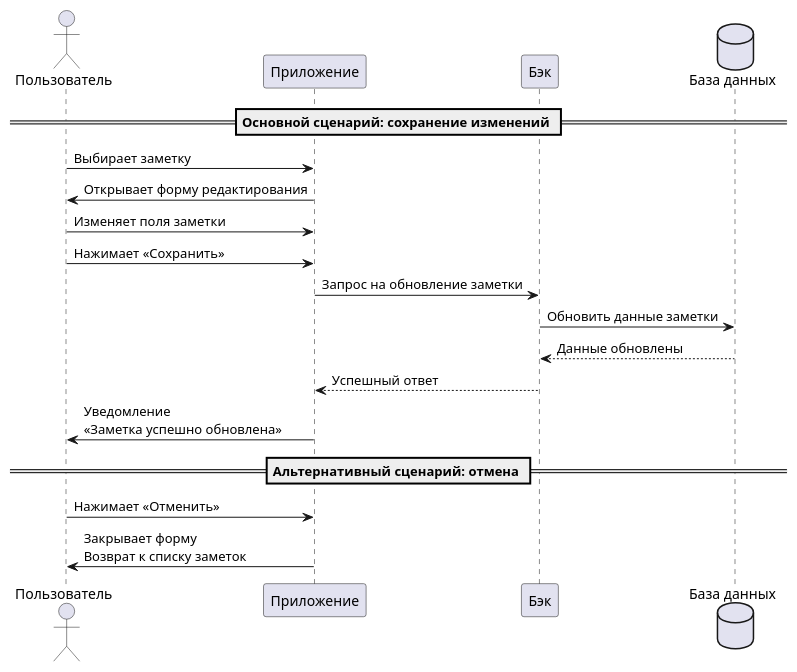
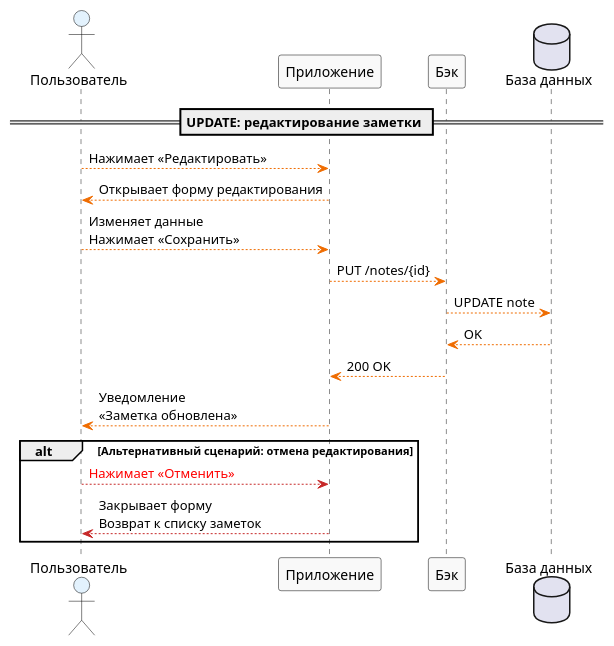
One commit to Olesia1999/pets-doc-project changed the diagram in docs/subfolder/notesapp.md. Above: the diagram before and after it, drawn with PlantUML.

Commit message:
Обновлена схема процесса

````diff
--- a/docs/subfolder/notesapp.md
+++ b/docs/subfolder/notesapp.md
@@ -61,32 +61,39 @@
 ```puml
 
 @startuml
+skinparam sequence {
+    ArrowColor Black
+    ActorBorderColor Black
+    ActorBackgroundColor #E3F2FD
+    ParticipantBorderColor Black
+    ParticipantBackgroundColor #F9F9F9
+    DatabaseBackgroundColor #FFF3E0
+    DatabaseBorderColor Black
+}
+
 actor Пользователь
 participant Приложение
 participant Бэк
 database "База данных" as БД
 
-== Основной сценарий: сохранение изменений ==
+== UPDATE: редактирование заметки ==
 
-Пользователь -> Приложение: Выбирает заметку
-Приложение -> Пользователь: Открывает форму редактирования
+Пользователь -[#EF6C00]-> Приложение: Нажимает «Редактировать»
+Приложение -[#EF6C00]-> Пользователь: Открывает форму редактирования
 
-Пользователь -> Приложение: Изменяет поля заметки
-Пользователь -> Приложение: Нажимает «Сохранить»
+Пользователь -[#EF6C00]-> Приложение: Изменяет данные\nНажимает «Сохранить»
+Приложение -[#EF6C00]-> Бэк: PUT /notes/{id}
+Бэк -[#EF6C00]-> БД: UPDATE note
+БД -[#EF6C00]-> Бэк: OK
+Бэк -[#EF6C00]-> Приложение: 200 OK
+Приложение -[#EF6C00]-> Пользователь: Уведомление\n«Заметка обновлена»
 
-Приложение -> Бэк: Запрос на обновление заметки
-Бэк -> БД: Обновить данные заметки
-БД --> Бэк: Данные обновлены
-
-Бэк --> Приложение: Успешный ответ
-Приложение -> Пользователь: Уведомление\n«Заметка успешно обновлена»
-
-== Альтернативный сценарий: отмена ==
-
-Пользователь -> Приложение: Нажимает «Отменить»
-Приложение -> Пользователь: Закрывает форму\nВозврат к списку заметок
+alt Альтернативный сценарий: отмена редактирования
+    Пользователь -[#C62828]-> Приложение: <color:red>Нажимает «Отменить»</color>
+    Приложение -[#C62828]-> Пользователь: Закрывает форму\nВозврат к списку заметок
+end
 
 @enduml
 
 
 ```
````
